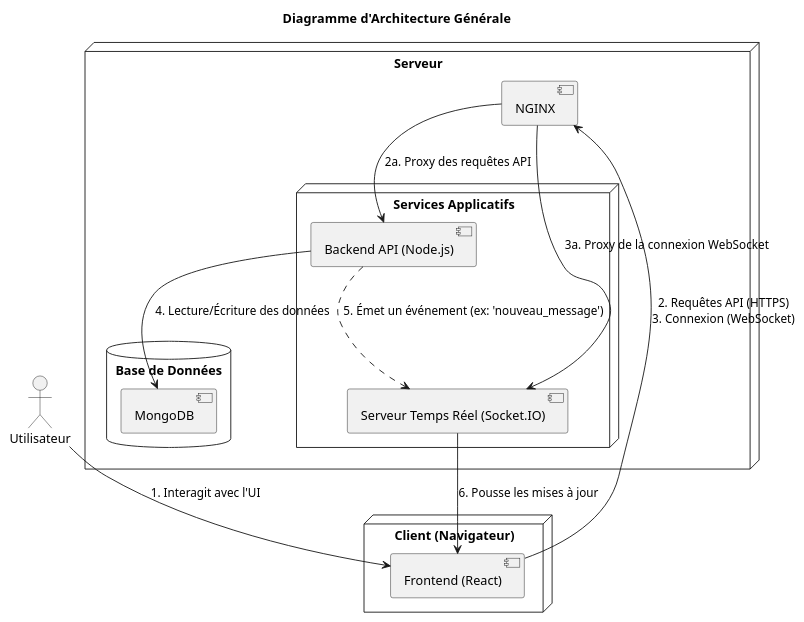
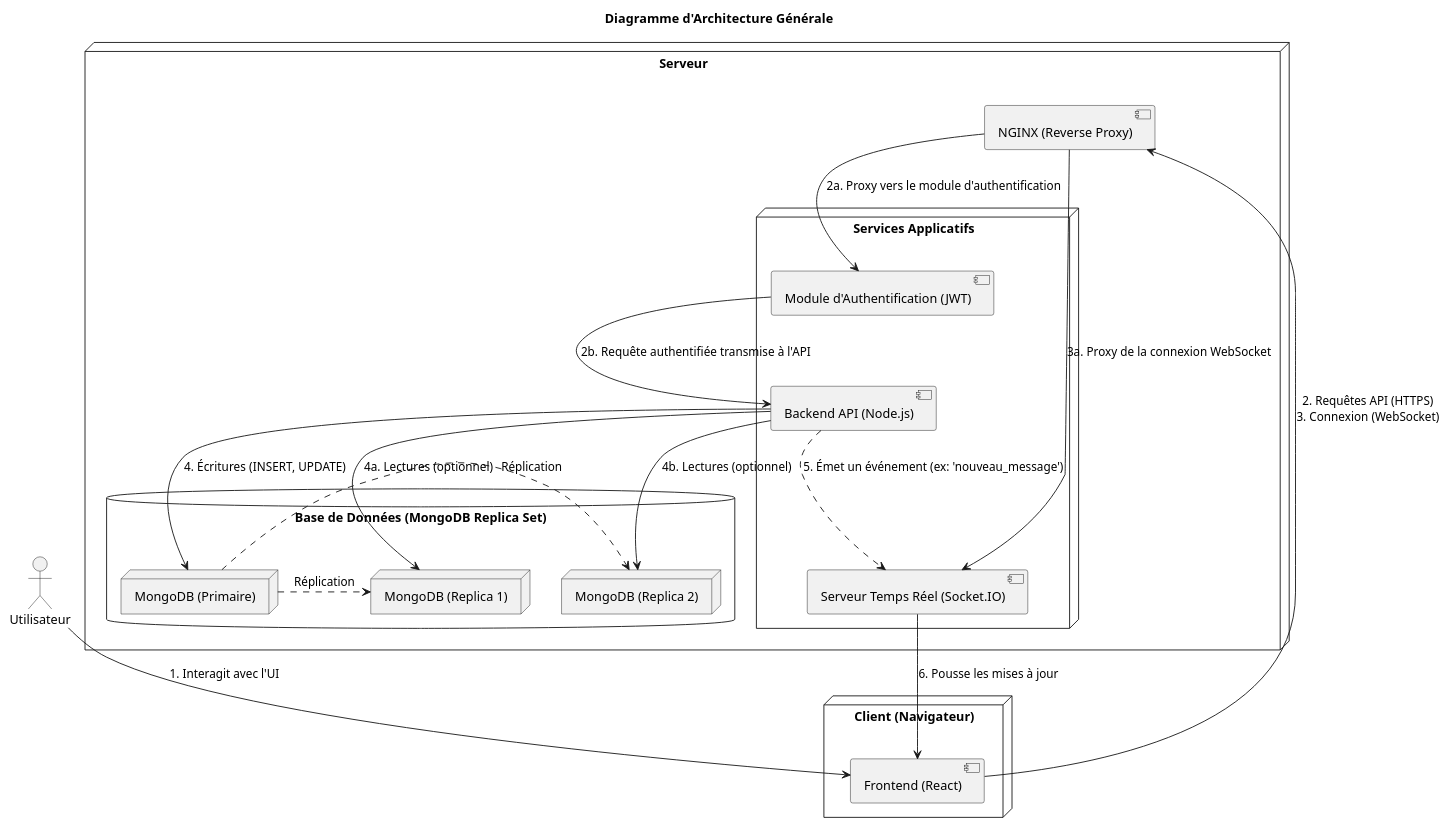
Before and after one commit to YetochariYeoTech/Social_Network_App: the diagram in Diagrams/Architecture-Diagram/Architecture-Generale.puml, drawn with PlantUML. The commit also changed 9 other files, not shown here.

Commit message:
Schema UML complets.

```diff
--- a/Diagrams/Architecture-Diagram/Architecture-Generale.puml
+++ b/Diagrams/Architecture-Diagram/Architecture-Generale.puml
@@ -1,39 +1,57 @@
 @startuml
 title Diagramme d'Architecture Générale
 
 actor "Utilisateur" as user
 
 node "Client (Navigateur)" {
   component "Frontend (React)" as frontend
 }
 
 node "Serveur" {
-  component "NGINX" as nginx
+  component "NGINX (Reverse Proxy)" as nginx
 
   node "Services Applicatifs" {
+    component "Module d'Authentification (JWT)" as auth
     component "Backend API (Node.js)" as backend
     component "Serveur Temps Réel (Socket.IO)" as realtime
   }
 
-  database "Base de Données" {
-    component "MongoDB" as db
+  database "Base de Données (MongoDB Replica Set)" {
+    node "MongoDB (Primaire)" as db_primary
+    node "MongoDB (Replica 1)" as db_replica1
+    node "MongoDB (Replica 2)" as db_replica2
   }
 }
 
 ' --- Flux de communication ---
 user --> frontend : "1. Interagit avec l'UI"
 
 frontend --> nginx : "2. Requêtes API (HTTPS)\n3. Connexion (WebSocket)"
 
-nginx --> backend : "2a. Proxy des requêtes API"
+' Authentification
+nginx --> auth : "2a. Proxy vers le module d'authentification"
+auth --> backend : "2b. Requête authentifiée transmise à l'API"
+
+' Connexion temps réel
 nginx --> realtime : "3a. Proxy de la connexion WebSocket"
 
-backend --> db : "4. Lecture/Écriture des données"
+' --- Flux de données (Base de données) ---
+' Le backend écrit toujours sur le nœud primaire
+backend --> db_primary : "4. Écritures (INSERT, UPDATE)"
 
-' Le backend notifie le serveur temps réel lorsqu'un événement se produit
+' La réplication est gérée automatiquement par MongoDB
+db_primary .> db_replica1 : "Réplication"
+db_primary .> db_replica2 : "Réplication"
+
+' Le backend peut lire depuis les replicas pour la scalabilité
+backend --> db_replica1 : "4a. Lectures (optionnel)"
+backend --> db_replica2 : "4b. Lectures (optionnel)"
+
+' --- Flux d'événements temps réel ---
+' Le backend notifie le serveur temps réel après une écriture réussie
 backend ..> realtime : "5. Émet un événement (ex: 'nouveau_message')"
 
 ' Le serveur temps réel pousse les mises à jour aux clients connectés
 realtime --> frontend : "6. Pousse les mises à jour"
 
 @enduml
```
